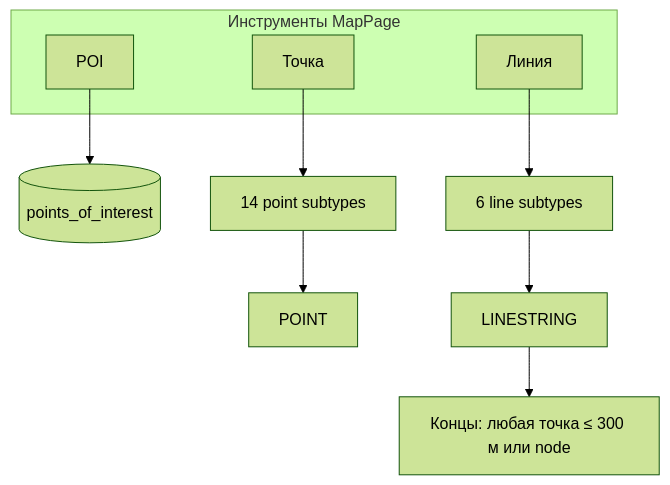
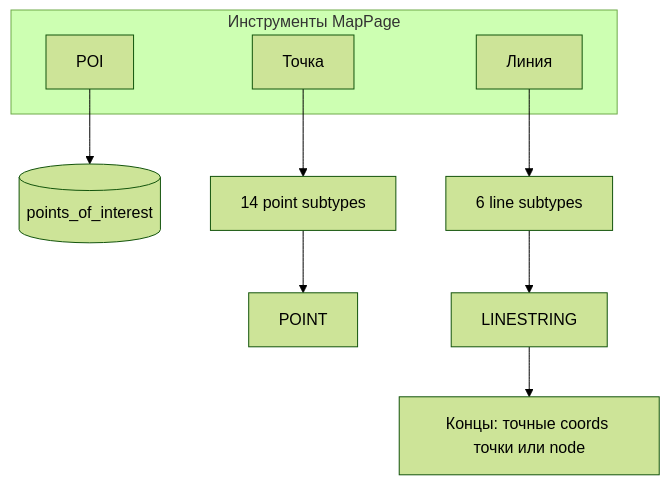
The first of 5 diagrams in docs/map-objects-and-spatial-calculations.md (Mekcuka/Scaning), drawn with Mermaid (forest theme) before and after one commit. The commit also changed other lines of this file and 84 other files, not shown here.

````diff
--- a/docs/map-objects-and-spatial-calculations.md
+++ b/docs/map-objects-and-spatial-calculations.md
@@ -106,14 +106,14 @@
 ```mermaid
 flowchart TB
   subgraph tools [Инструменты MapPage]
     POI[POI]
     PT[Точка]
     LN[Линия]
   end
   POI --> poiTable[(points_of_interest)]
   PT --> pointSub[14 point subtypes]
   LN --> lineSub[6 line subtypes]
   pointSub --> geomP[POINT]
   lineSub --> geomL[LINESTRING]
-  geomL --> snap["Концы: любая точка ≤ 300 м или node"]
+  geomL --> snap["Концы: точные coords точки или node"]
 ```
````
